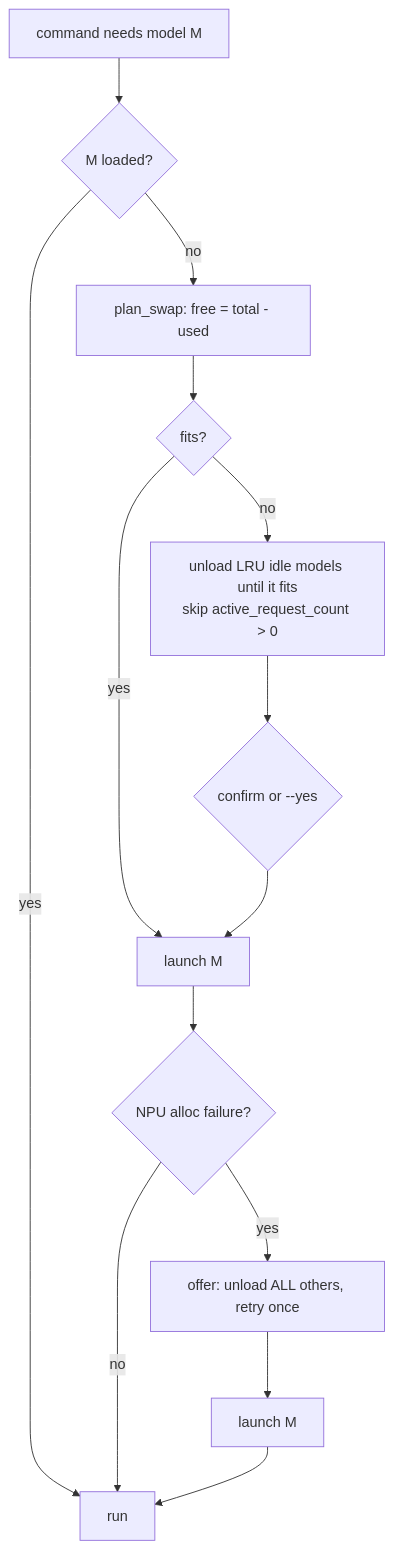
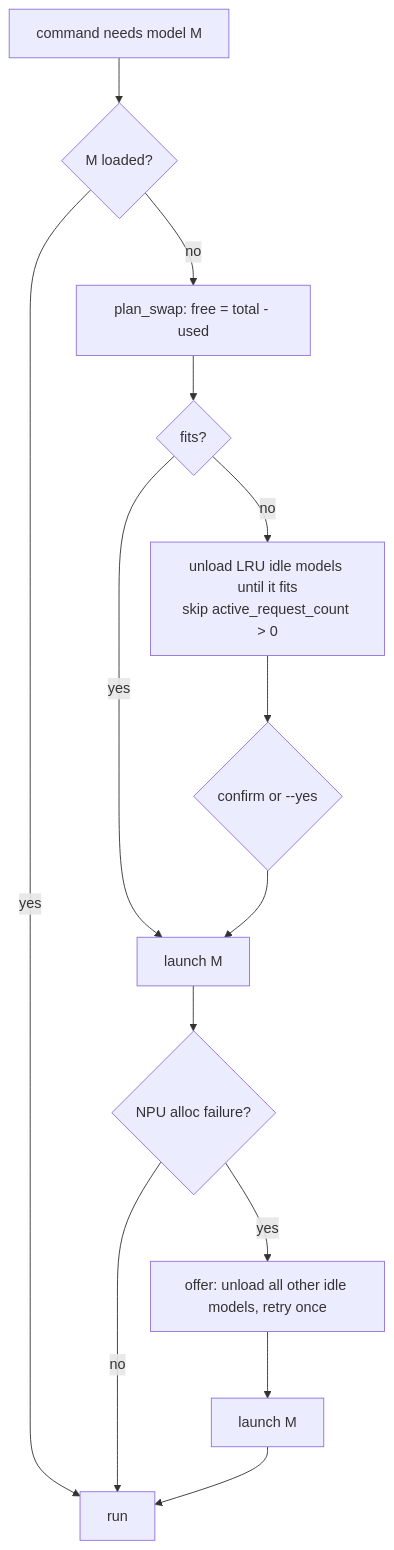
The diagram in cards/npu-swapping.md (epatel/tiiny-cli), drawn with Mermaid before and after one commit. The commit also changed other lines of this file and 4 other files, not shown here.

````diff
--- a/cards/npu-swapping.md
+++ b/cards/npu-swapping.md
@@ -14,15 +14,15 @@
 ```mermaid
 flowchart TD
   A[command needs model M] --> B{M loaded?}
   B -->|yes| Z[run]
   B -->|no| C[plan_swap: free = total - used]
   C --> D{fits?}
   D -->|yes| L[launch M]
   D -->|no| E[unload LRU idle models until it fits<br/>skip active_request_count > 0]
   E --> F{confirm or --yes}
   F --> L
   L --> G{NPU alloc failure?}
   G -->|no| Z
-  G -->|yes| H[offer: unload ALL others, retry once]
+  G -->|yes| H[offer: unload all other idle models, retry once]
   H --> L2[launch M] --> Z
 ```
````
